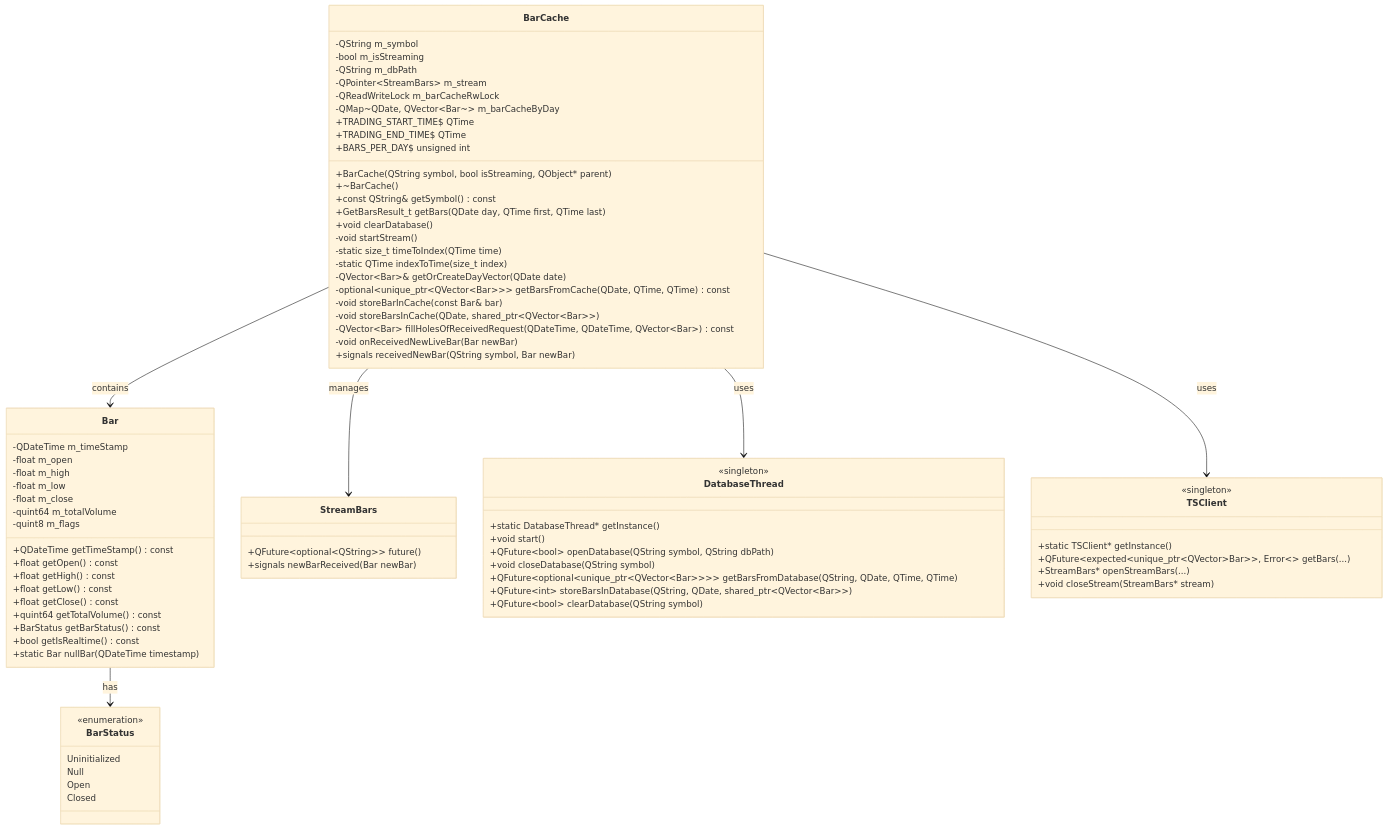
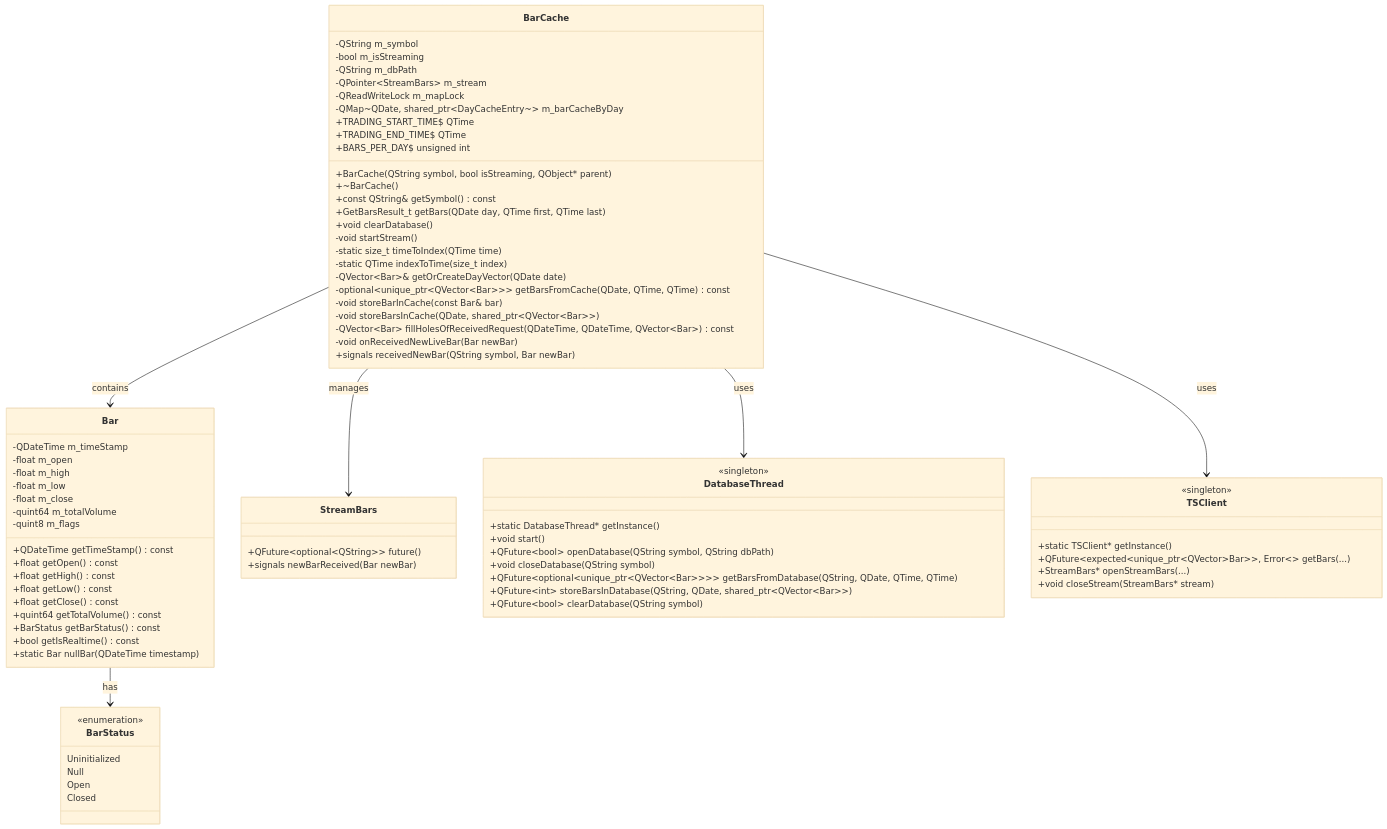
The first of 6 diagrams in Src/Core/Cache/BarCache/BarCache.md (simonbeaudoin0935/OpenTraderPlatform), drawn with Mermaid (base theme) before and after one commit. The commit also changed other lines of this file and 3 other files, not shown here.

Commit message:
Implement per-day lock granularity in BarCache (point 1.3)

```diff
--- a/Src/Core/Cache/BarCache/BarCache.md
+++ b/Src/Core/Cache/BarCache/BarCache.md
@@ -27,8 +27,8 @@
         -bool m_isStreaming
         -QString m_dbPath
         -QPointer~StreamBars~ m_stream
-        -QReadWriteLock m_barCacheRwLock
-        -QMap~QDate, QVector~Bar~~ m_barCacheByDay
+        -QReadWriteLock m_mapLock
+        -QMap~QDate, shared_ptr~DayCacheEntry~~ m_barCacheByDay
 
         +BarCache(QString symbol, bool isStreaming, QObject* parent)
         +~BarCache()
```
